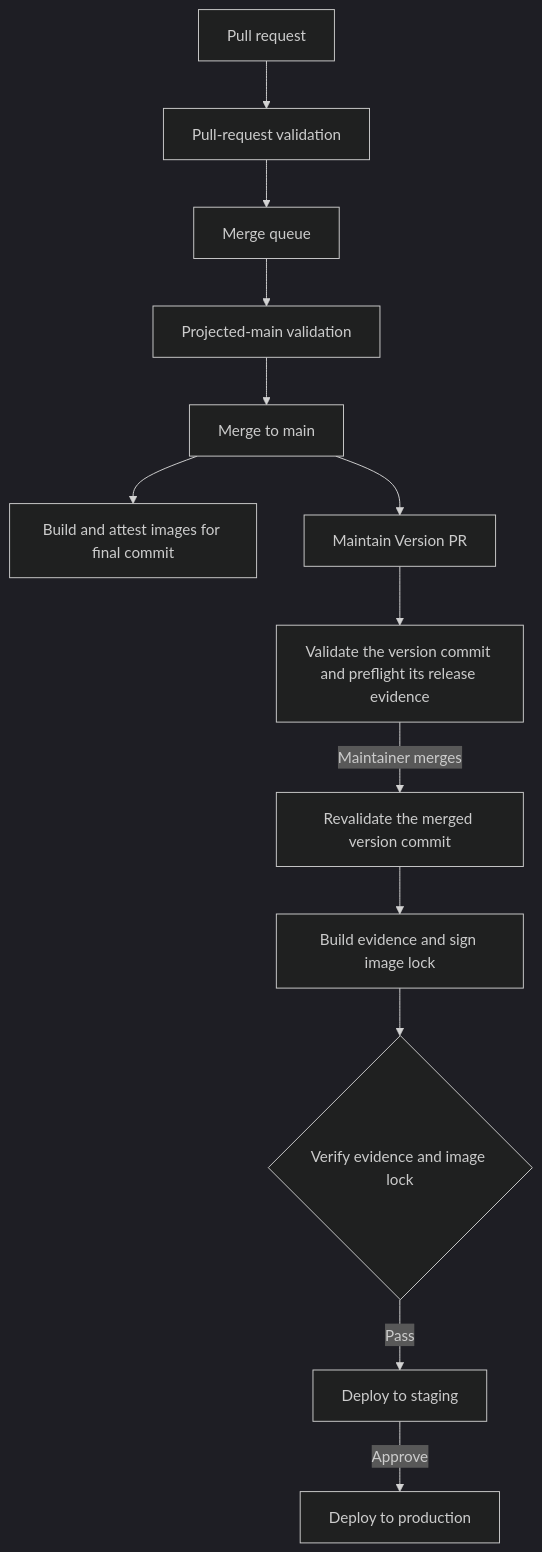
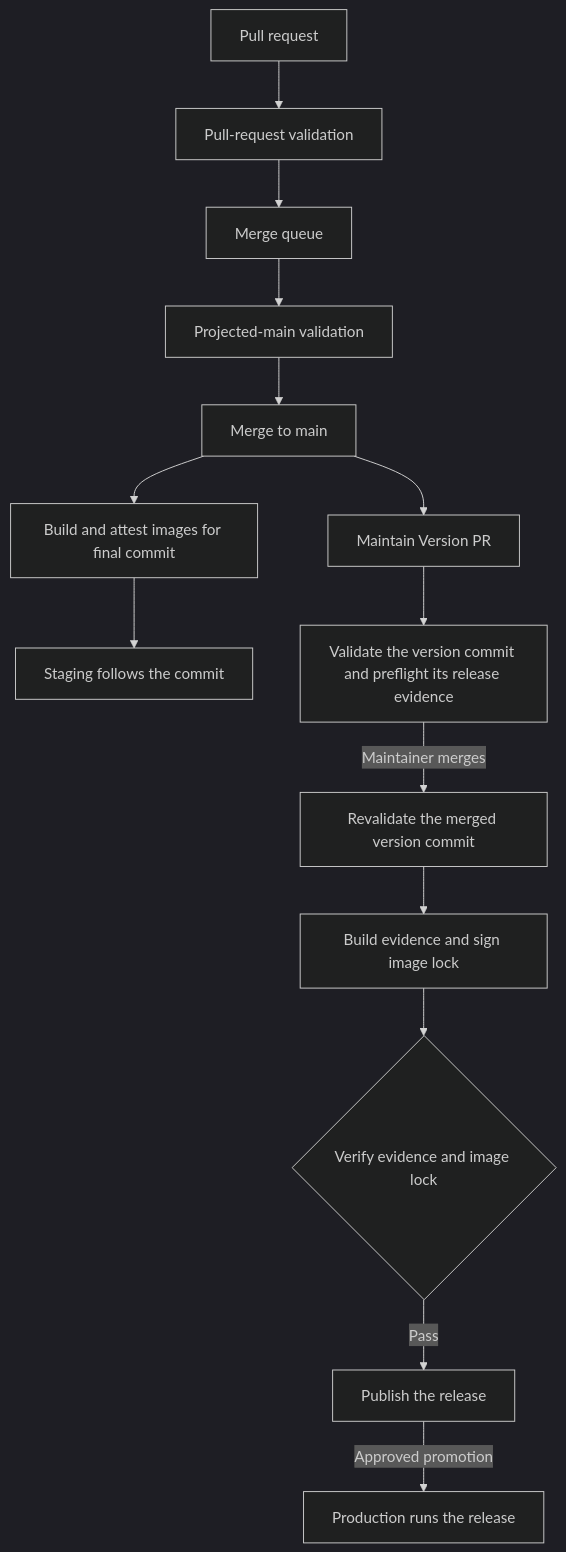
The diagram in docs/contributor/ci-cd.mdx (hephaestus-build/Hephaestus), drawn with Mermaid (dark theme) before and after one commit. The commit also changed other lines of this file and 12 other files, not shown here.

First line of the commit message:
fix(release): record each deployment against the release or commit it promotes

````diff
--- a/docs/contributor/ci-cd.mdx
+++ b/docs/contributor/ci-cd.mdx
@@ -16,17 +16,18 @@
 ```mermaid
 flowchart TD
     accTitle: Pull request delivery pipeline
-    accDescr: Pull-request and merge-group validation protect main; final-SHA images become signed releases that deploy to staging before production approval.
+    accDescr: Pull-request and merge-group validation protect main. Staging follows each main build. Final-SHA images become signed releases that production runs after an approved promotion.
     PR[Pull request] --> PRCI[Pull-request validation]
     PRCI --> Queue[Merge queue]
     Queue --> MG[Projected-main validation]
     MG --> Main[Merge to main]
     Main --> Images[Build and attest images for final commit]
+    Images --> Staging[Staging follows the commit]
     Main --> VP[Maintain Version PR]
     VP --> VPCI[Validate the version commit and preflight its release evidence]
     VPCI -->|Maintainer merges| ReleaseCI[Revalidate the merged version commit]
     ReleaseCI --> Evidence[Build evidence and sign image lock]
     Evidence --> Verify{Verify evidence and image lock}
-    Verify -->|Pass| Staging[Deploy to staging]
-    Staging -->|Approve| Prod[Deploy to production]
+    Verify -->|Pass| Release[Publish the release]
+    Release -->|Approved promotion| Prod[Production runs the release]
 ```
````
